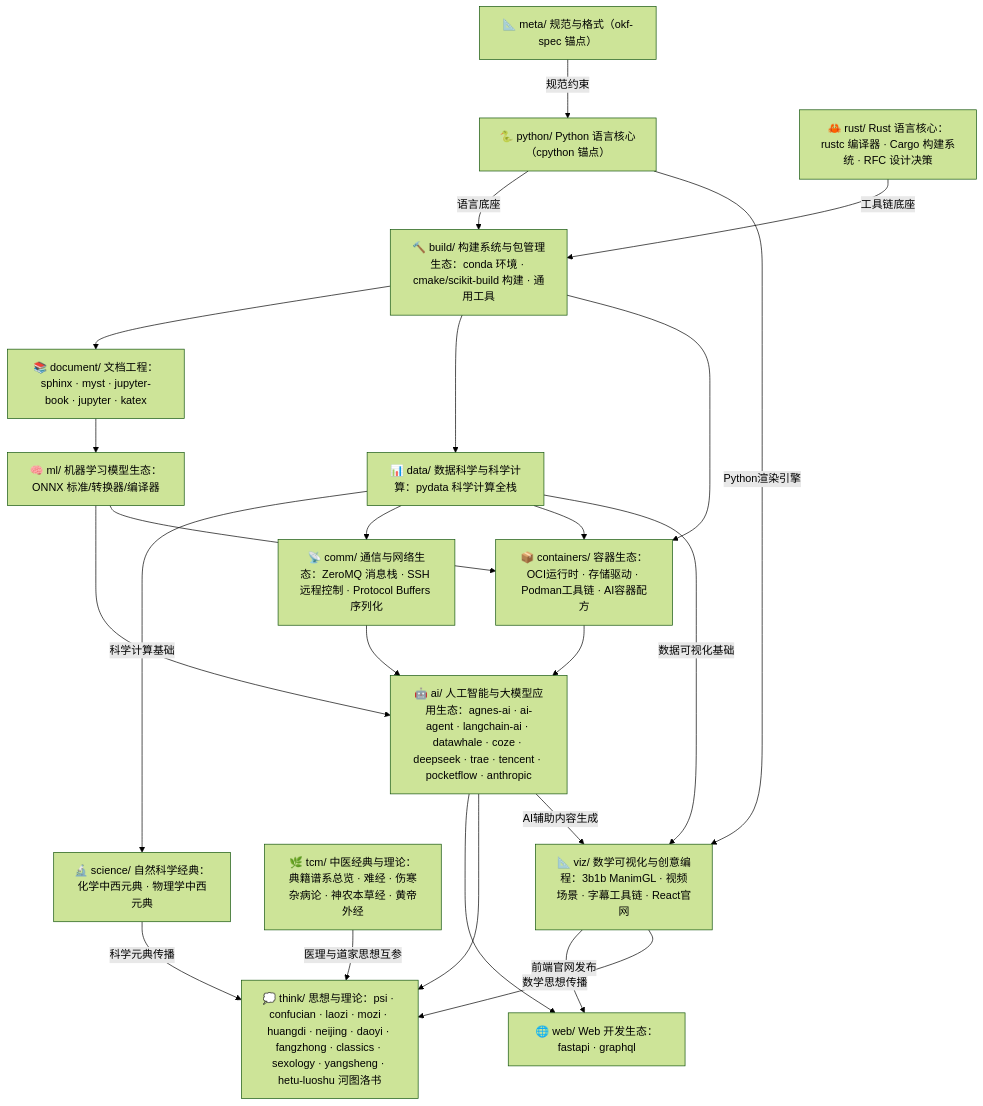
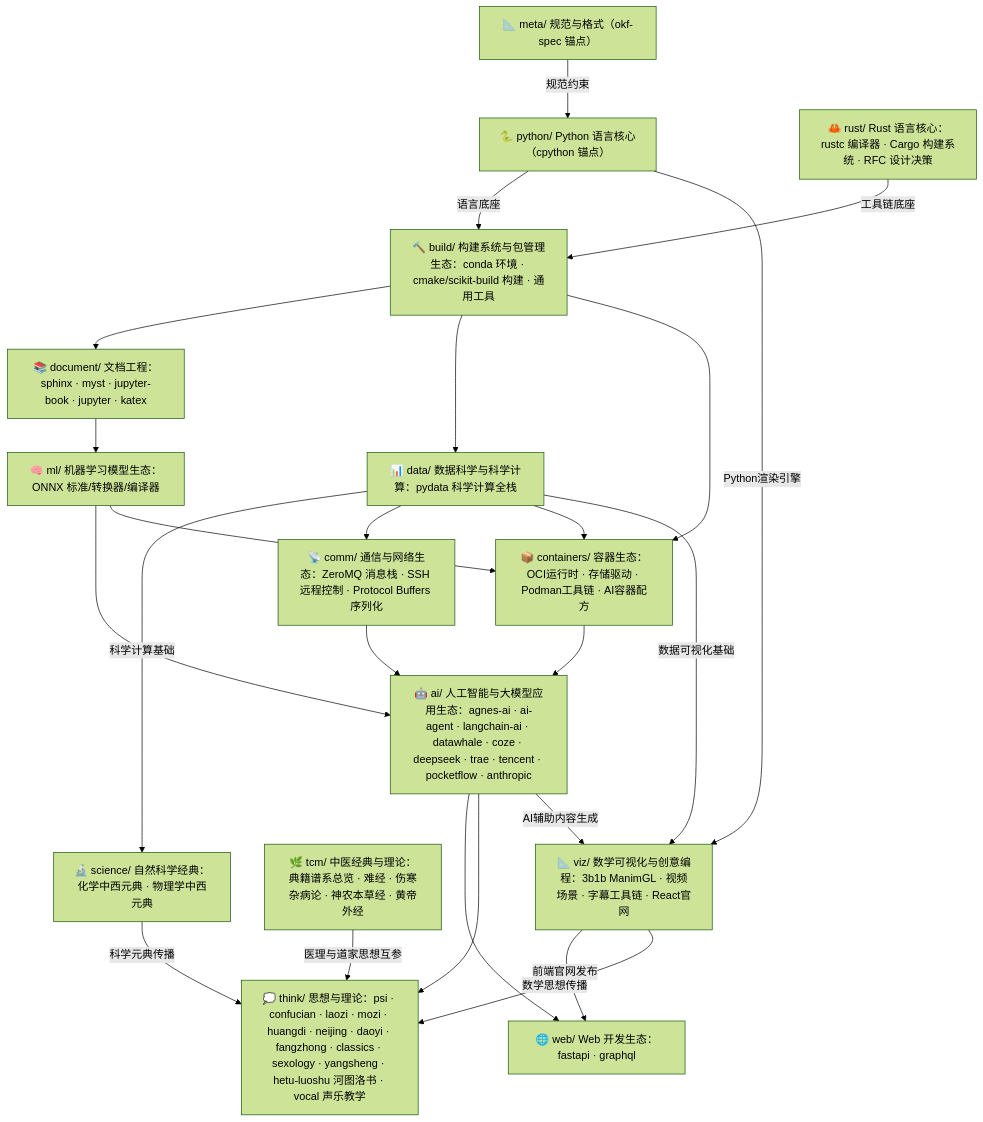
One commit to awesome-flexloop/awesome-okf changed the first of 2 diagrams in doc/bundles/index.md. Above: the diagram before and after it, drawn with Mermaid (forest theme). The commit also changed other lines of this file and 23 other files, not shown here.

````diff
--- a/doc/bundles/index.md
+++ b/doc/bundles/index.md
@@ -21,41 +21,41 @@
 ```mermaid
 flowchart TD
     meta["📐 meta/ 规范与格式（okf-spec 锚点）"]
     py["🐍 python/ Python 语言核心（cpython 锚点）"]
     rust["🦀 rust/ Rust 语言核心：rustc 编译器 · Cargo 构建系统 · RFC 设计决策"]
     build["🔨 build/ 构建系统与包管理生态：conda 环境 · cmake/scikit-build 构建 · 通用工具"]
     doc["📚 document/ 文档工程：sphinx · myst · jupyter-book · jupyter · katex"]
     data["📊 data/ 数据科学与科学计算：pydata 科学计算全栈"]
     ml["🧠 ml/ 机器学习模型生态：ONNX 标准/转换器/编译器"]
     comm["📡 comm/ 通信与网络生态：ZeroMQ 消息栈 · SSH 远程控制 · Protocol Buffers 序列化"]
     ai["🤖 ai/ 人工智能与大模型应用生态：agnes-ai · ai-agent · langchain-ai · datawhale · coze · deepseek · trae · tencent · pocketflow · anthropic"]
     viz["📐 viz/ 数学可视化与创意编程：3b1b ManimGL · 视频场景 · 字幕工具链 · React官网"]
     web["🌐 web/ Web 开发生态：fastapi · graphql"]
     containers["📦 containers/ 容器生态：OCI运行时 · 存储驱动 · Podman工具链 · AI容器配方"]
-    think["💭 think/ 思想与理论：psi · confucian · laozi · mozi · huangdi · neijing · daoyi · fangzhong · classics · sexology · yangsheng · hetu-luoshu 河图洛书"]
+    think["💭 think/ 思想与理论：psi · confucian · laozi · mozi · huangdi · neijing · daoyi · fangzhong · classics · sexology · yangsheng · hetu-luoshu 河图洛书 · vocal 声乐教学"]
     tcm["🌿 tcm/ 中医经典与理论：典籍谱系总览 · 难经 · 伤寒杂病论 · 神农本草经 · 黄帝外经"]
     science["🔬 science/ 自然科学经典：化学中西元典 · 物理学中西元典"]
     data -->|"科学计算基础"| science
     science -->|"科学元典传播"| think
     meta -->|"规范约束"| py
     py -->|"语言底座"| build
     rust -->|"工具链底座"| build
     build --> doc
     build --> data
     build --> containers
     doc --> ml
     data --> comm
     data --> containers
     data -->|"数据可视化基础"| viz
     py -->|"Python渲染引擎"| viz
     ml --> ai
     ml --> containers
     comm --> ai
     containers --> ai
     ai --> web
     ai --> think
     ai -->|"AI辅助内容生成"| viz
     viz -->|"前端官网发布"| web
     viz -->|"数学思想传播"| think
     tcm -->|"医理与道家思想互参"| think
 ```
````
